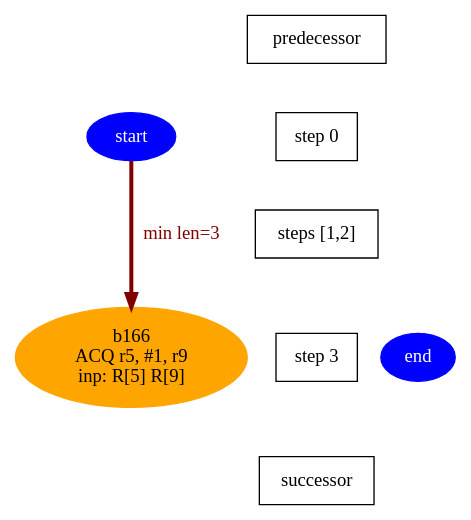
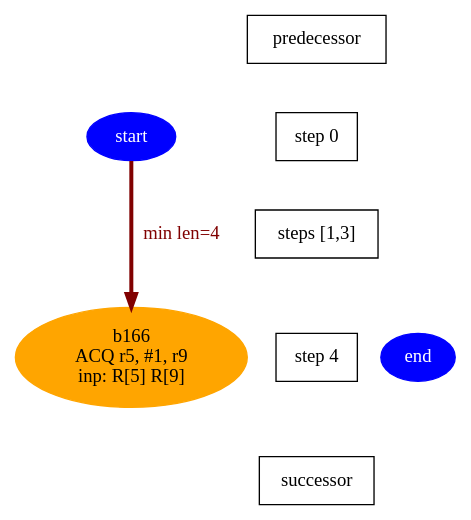
The diagram in testGen/Work/aie/0_1/Release/chesswork/0_1-main__s2_info/m76.dot (lxy-littlechai/SVD), drawn with Graphviz before and after one commit. The commit also changed 9662 other files, not shown here.

```diff
--- a/testGen/Work/aie/0_1/Release/chesswork/0_1-main__s2_info/m76.dot
+++ b/testGen/Work/aie/0_1/Release/chesswork/0_1-main__s2_info/m76.dot
@@ -1,15 +1,15 @@
 digraph N {
- b166[color=orange,fontcolor=black,style=filled,label="b166\nACQ r5, #1, r9\ninp: R[5] R[9]"];  {rank=same; S3;  b166;}
+ b166[color=orange,fontcolor=black,style=filled,label="b166\nACQ r5, #1, r9\ninp: R[5] R[9]"];  {rank=same; S4;  b166;}
  start [color=blue,fontcolor=white,style=filled,label="start"];  {rank=same; S0;  start;}
- end [color=blue,fontcolor=white,style=filled,label="end"];  {rank=same; S3;  end;}
-   start -> b166 [color=maroon,fontcolor=maroon,penwidth=3,label="min len=3",weight=1000];
+ end [color=blue,fontcolor=white,style=filled,label="end"];  {rank=same; S4;  end;}
+   start -> b166 [color=maroon,fontcolor=maroon,penwidth=3,label="min len=4",weight=1000];
   Sm1 [label="predecessor",shape=box];
   S0 [label="step 0",shape=box];
   Sm1 -> S0[style=invis,weight=9000];
-  S1_S2 [label="steps [1,2]",shape=box];
-  S0 -> S1_S2[style=invis,weight=9000];
-  S3 [label="step 3",shape=box];
-  S1_S2 -> S3[style=invis,weight=9000];
-  S4 [label="successor",shape=box];
-  S3 -> S4[style=invis,weight=9000];
+  S1_S3 [label="steps [1,3]",shape=box];
+  S0 -> S1_S3[style=invis,weight=9000];
+  S4 [label="step 4",shape=box];
+  S1_S3 -> S4[style=invis,weight=9000];
+  S5 [label="successor",shape=box];
+  S4 -> S5[style=invis,weight=9000];
 }
```
